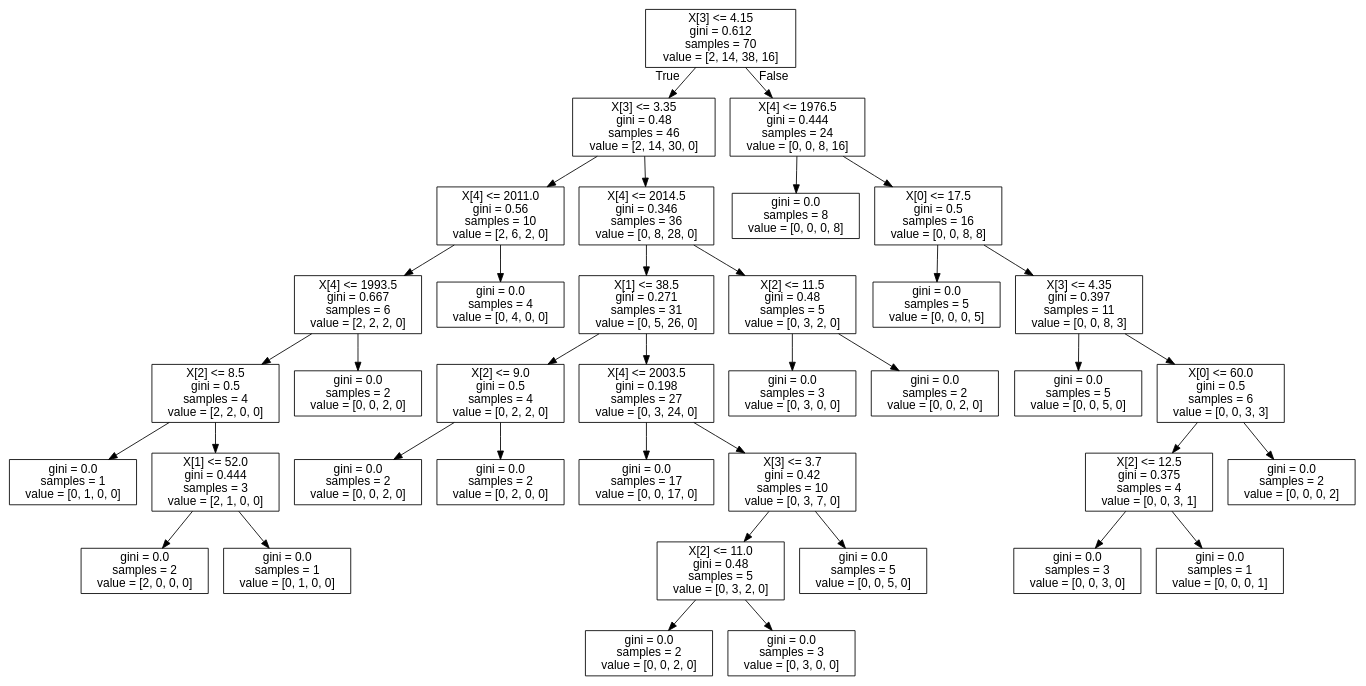
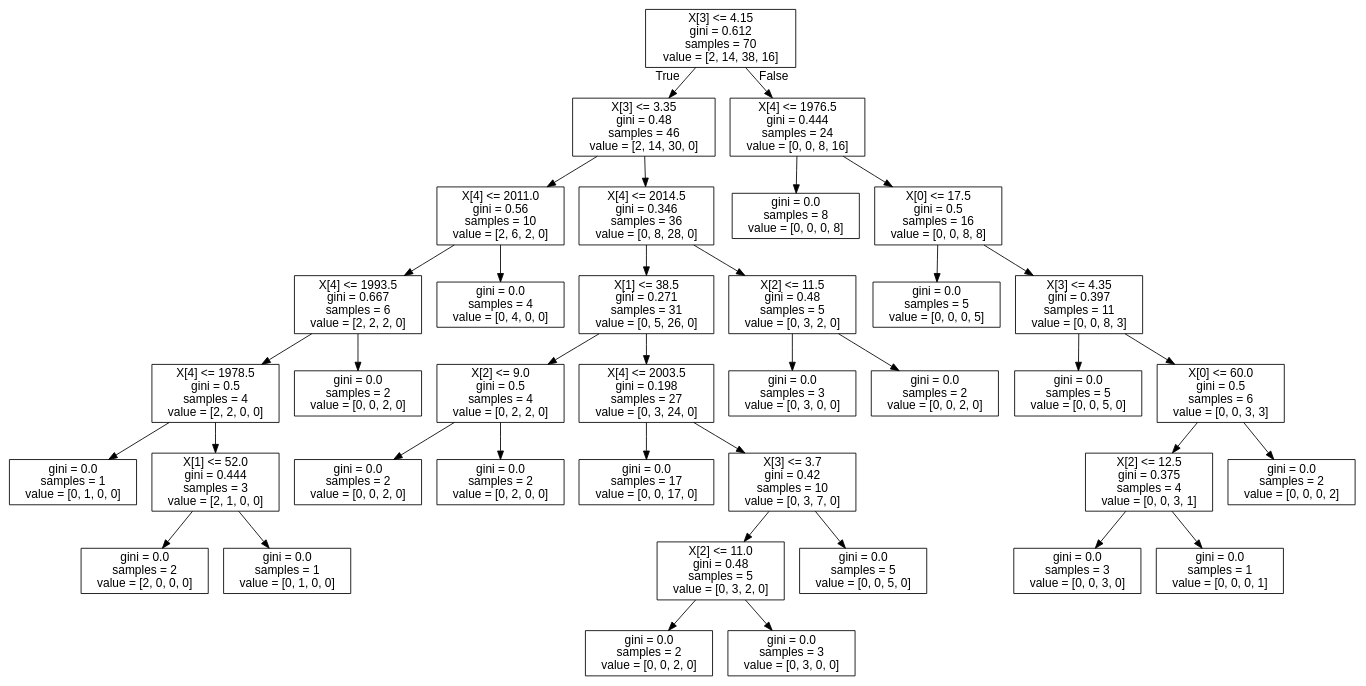
One commit to ViniciusOSAntos/Data-Science---Estudos-e-Atividades changed the diagram in BibliotecaMusicalV2/tree.dot. Above: the diagram before and after it, drawn with Graphviz. The commit also changed 1 other file, not shown here.

```diff
--- a/BibliotecaMusicalV2/tree.dot
+++ b/BibliotecaMusicalV2/tree.dot
@@ -1,77 +1,77 @@
 digraph Tree {
 node [shape=box, fontname="helvetica"] ;
 edge [fontname="helvetica"] ;
 0 [label="X[3] <= 4.15\ngini = 0.612\nsamples = 70\nvalue = [2, 14, 38, 16]"] ;
 1 [label="X[3] <= 3.35\ngini = 0.48\nsamples = 46\nvalue = [2, 14, 30, 0]"] ;
 0 -> 1 [labeldistance=2.5, labelangle=45, headlabel="True"] ;
 2 [label="X[4] <= 2011.0\ngini = 0.56\nsamples = 10\nvalue = [2, 6, 2, 0]"] ;
 1 -> 2 ;
 3 [label="X[4] <= 1993.5\ngini = 0.667\nsamples = 6\nvalue = [2, 2, 2, 0]"] ;
 2 -> 3 ;
-4 [label="X[2] <= 8.5\ngini = 0.5\nsamples = 4\nvalue = [2, 2, 0, 0]"] ;
+4 [label="X[4] <= 1978.5\ngini = 0.5\nsamples = 4\nvalue = [2, 2, 0, 0]"] ;
 3 -> 4 ;
 5 [label="gini = 0.0\nsamples = 1\nvalue = [0, 1, 0, 0]"] ;
 4 -> 5 ;
 6 [label="X[1] <= 52.0\ngini = 0.444\nsamples = 3\nvalue = [2, 1, 0, 0]"] ;
 4 -> 6 ;
 7 [label="gini = 0.0\nsamples = 2\nvalue = [2, 0, 0, 0]"] ;
 6 -> 7 ;
 8 [label="gini = 0.0\nsamples = 1\nvalue = [0, 1, 0, 0]"] ;
 6 -> 8 ;
 9 [label="gini = 0.0\nsamples = 2\nvalue = [0, 0, 2, 0]"] ;
 3 -> 9 ;
 10 [label="gini = 0.0\nsamples = 4\nvalue = [0, 4, 0, 0]"] ;
 2 -> 10 ;
 11 [label="X[4] <= 2014.5\ngini = 0.346\nsamples = 36\nvalue = [0, 8, 28, 0]"] ;
 1 -> 11 ;
 12 [label="X[1] <= 38.5\ngini = 0.271\nsamples = 31\nvalue = [0, 5, 26, 0]"] ;
 11 -> 12 ;
 13 [label="X[2] <= 9.0\ngini = 0.5\nsamples = 4\nvalue = [0, 2, 2, 0]"] ;
 12 -> 13 ;
 14 [label="gini = 0.0\nsamples = 2\nvalue = [0, 0, 2, 0]"] ;
 13 -> 14 ;
 15 [label="gini = 0.0\nsamples = 2\nvalue = [0, 2, 0, 0]"] ;
 13 -> 15 ;
 16 [label="X[4] <= 2003.5\ngini = 0.198\nsamples = 27\nvalue = [0, 3, 24, 0]"] ;
 12 -> 16 ;
 17 [label="gini = 0.0\nsamples = 17\nvalue = [0, 0, 17, 0]"] ;
 16 -> 17 ;
 18 [label="X[3] <= 3.7\ngini = 0.42\nsamples = 10\nvalue = [0, 3, 7, 0]"] ;
 16 -> 18 ;
 19 [label="X[2] <= 11.0\ngini = 0.48\nsamples = 5\nvalue = [0, 3, 2, 0]"] ;
 18 -> 19 ;
 20 [label="gini = 0.0\nsamples = 2\nvalue = [0, 0, 2, 0]"] ;
 19 -> 20 ;
 21 [label="gini = 0.0\nsamples = 3\nvalue = [0, 3, 0, 0]"] ;
 19 -> 21 ;
 22 [label="gini = 0.0\nsamples = 5\nvalue = [0, 0, 5, 0]"] ;
 18 -> 22 ;
 23 [label="X[2] <= 11.5\ngini = 0.48\nsamples = 5\nvalue = [0, 3, 2, 0]"] ;
 11 -> 23 ;
 24 [label="gini = 0.0\nsamples = 3\nvalue = [0, 3, 0, 0]"] ;
 23 -> 24 ;
 25 [label="gini = 0.0\nsamples = 2\nvalue = [0, 0, 2, 0]"] ;
 23 -> 25 ;
 26 [label="X[4] <= 1976.5\ngini = 0.444\nsamples = 24\nvalue = [0, 0, 8, 16]"] ;
 0 -> 26 [labeldistance=2.5, labelangle=-45, headlabel="False"] ;
 27 [label="gini = 0.0\nsamples = 8\nvalue = [0, 0, 0, 8]"] ;
 26 -> 27 ;
 28 [label="X[0] <= 17.5\ngini = 0.5\nsamples = 16\nvalue = [0, 0, 8, 8]"] ;
 26 -> 28 ;
 29 [label="gini = 0.0\nsamples = 5\nvalue = [0, 0, 0, 5]"] ;
 28 -> 29 ;
 30 [label="X[3] <= 4.35\ngini = 0.397\nsamples = 11\nvalue = [0, 0, 8, 3]"] ;
 28 -> 30 ;
 31 [label="gini = 0.0\nsamples = 5\nvalue = [0, 0, 5, 0]"] ;
 30 -> 31 ;
 32 [label="X[0] <= 60.0\ngini = 0.5\nsamples = 6\nvalue = [0, 0, 3, 3]"] ;
 30 -> 32 ;
 33 [label="X[2] <= 12.5\ngini = 0.375\nsamples = 4\nvalue = [0, 0, 3, 1]"] ;
 32 -> 33 ;
 34 [label="gini = 0.0\nsamples = 3\nvalue = [0, 0, 3, 0]"] ;
 33 -> 34 ;
 35 [label="gini = 0.0\nsamples = 1\nvalue = [0, 0, 0, 1]"] ;
 33 -> 35 ;
 36 [label="gini = 0.0\nsamples = 2\nvalue = [0, 0, 0, 2]"] ;
 32 -> 36 ;
 }
```
